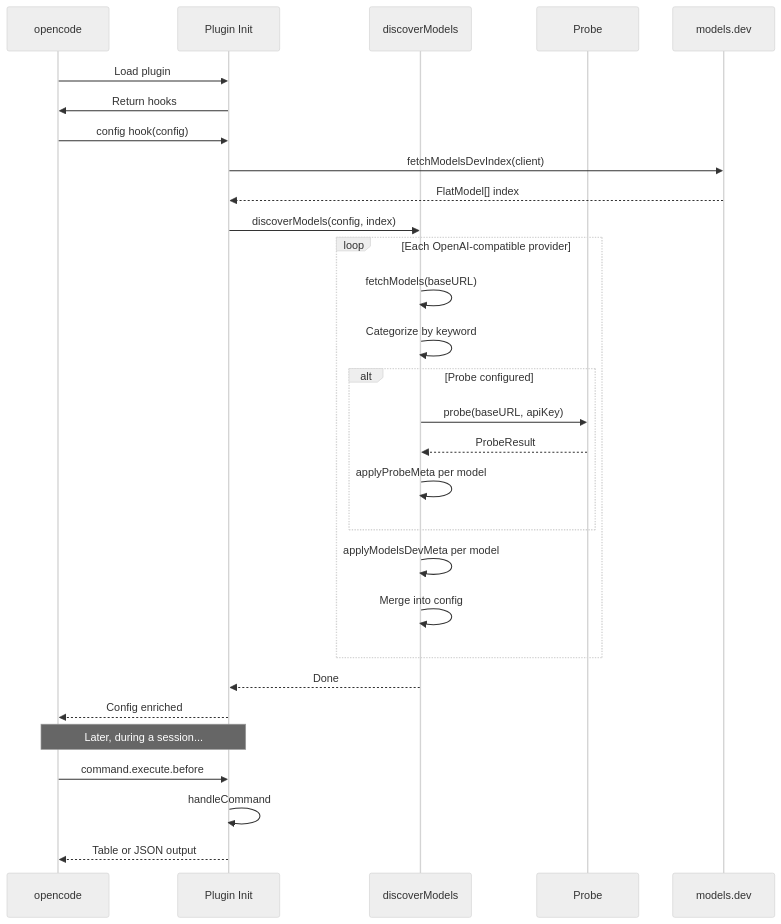
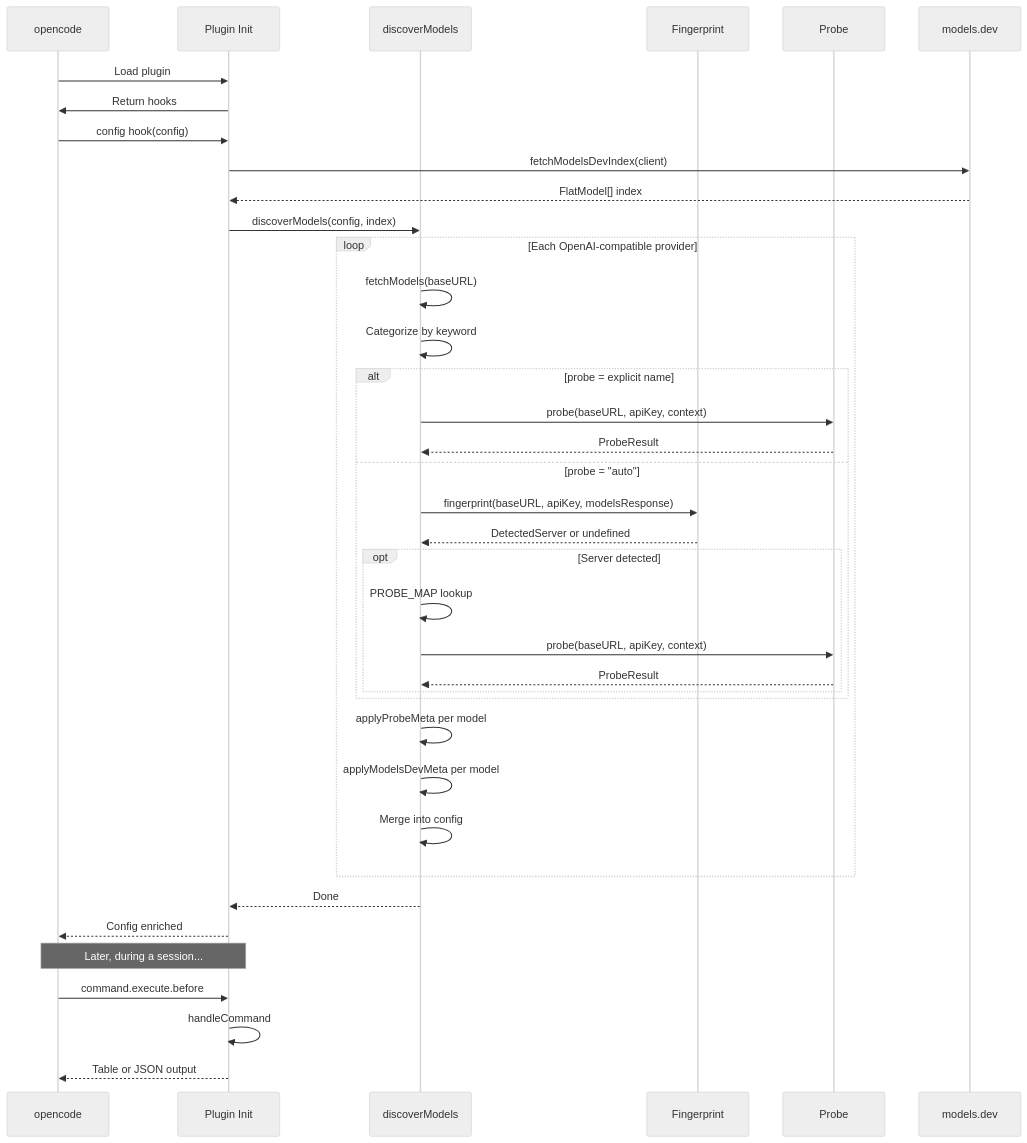
Before and after one commit to rmk40/opencode-model-scout: the first of 5 diagrams in CONTRIBUTING.md, drawn with Mermaid (neutral theme). The commit also changed other lines of this file and 18 other files, not shown here.

````diff
--- a/CONTRIBUTING.md
+++ b/CONTRIBUTING.md
@@ -25,35 +31,44 @@
 ```mermaid
 sequenceDiagram
     participant OC as opencode
     participant PI as Plugin Init
     participant DM as discoverModels
+    participant FP as Fingerprint
     participant PR as Probe
     participant MD as models.dev
 
     OC->>PI: Load plugin
     PI->>OC: Return hooks
     OC->>PI: config hook(config)
     PI->>MD: fetchModelsDevIndex(client)
     MD-->>PI: FlatModel[] index
     PI->>DM: discoverModels(config, index)
 
     loop Each OpenAI-compatible provider
         DM->>DM: fetchModels(baseURL)
         DM->>DM: Categorize by keyword
-        alt Probe configured
-            DM->>PR: probe(baseURL, apiKey)
+        alt probe = explicit name
+            DM->>PR: probe(baseURL, apiKey, context)
             PR-->>DM: ProbeResult
-            DM->>DM: applyProbeMeta per model
+        else probe = "auto"
+            DM->>FP: fingerprint(baseURL, apiKey, modelsResponse)
+            FP-->>DM: DetectedServer or undefined
+            opt Server detected
+                DM->>DM: PROBE_MAP lookup
+                DM->>PR: probe(baseURL, apiKey, context)
+                PR-->>DM: ProbeResult
+            end
         end
+        DM->>DM: applyProbeMeta per model
         DM->>DM: applyModelsDevMeta per model
         DM->>DM: Merge into config
     end
 
     DM-->>PI: Done
     PI-->>OC: Config enriched
 
     Note over OC,PI: Later, during a session...
     OC->>PI: command.execute.before
     PI->>PI: handleCommand
     PI-->>OC: Table or JSON output
 ```
````
